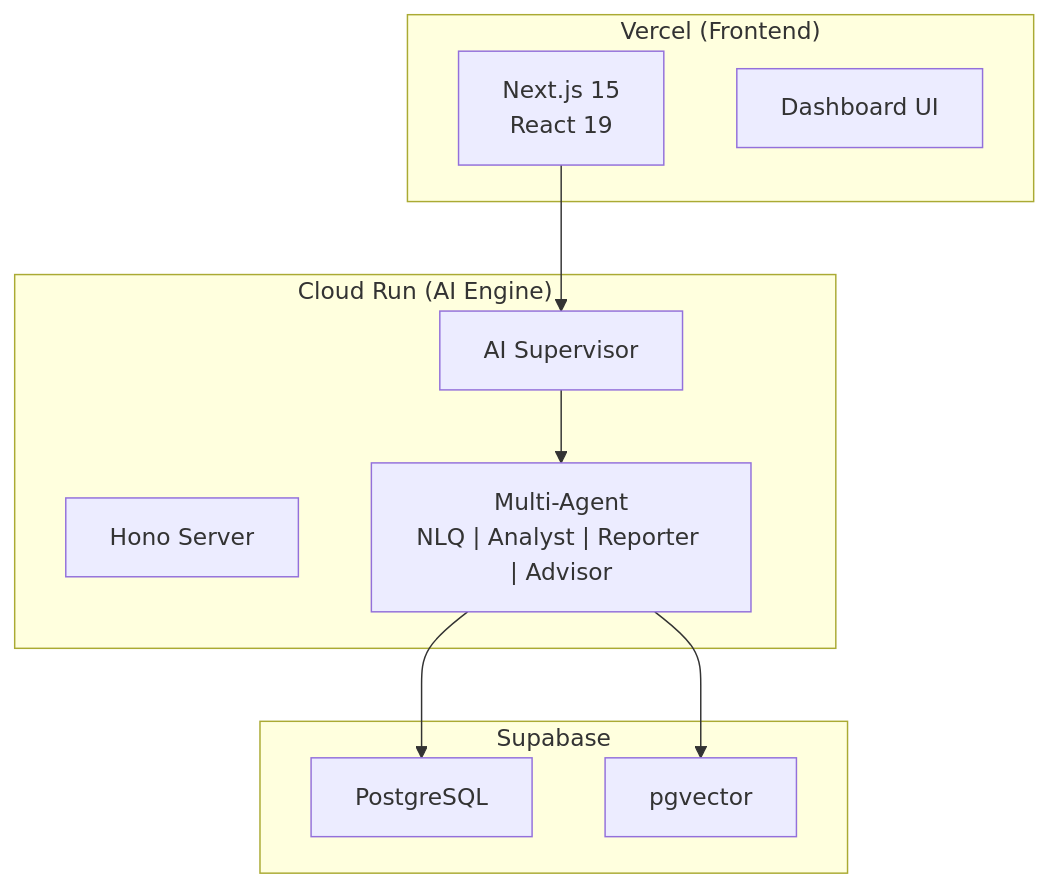
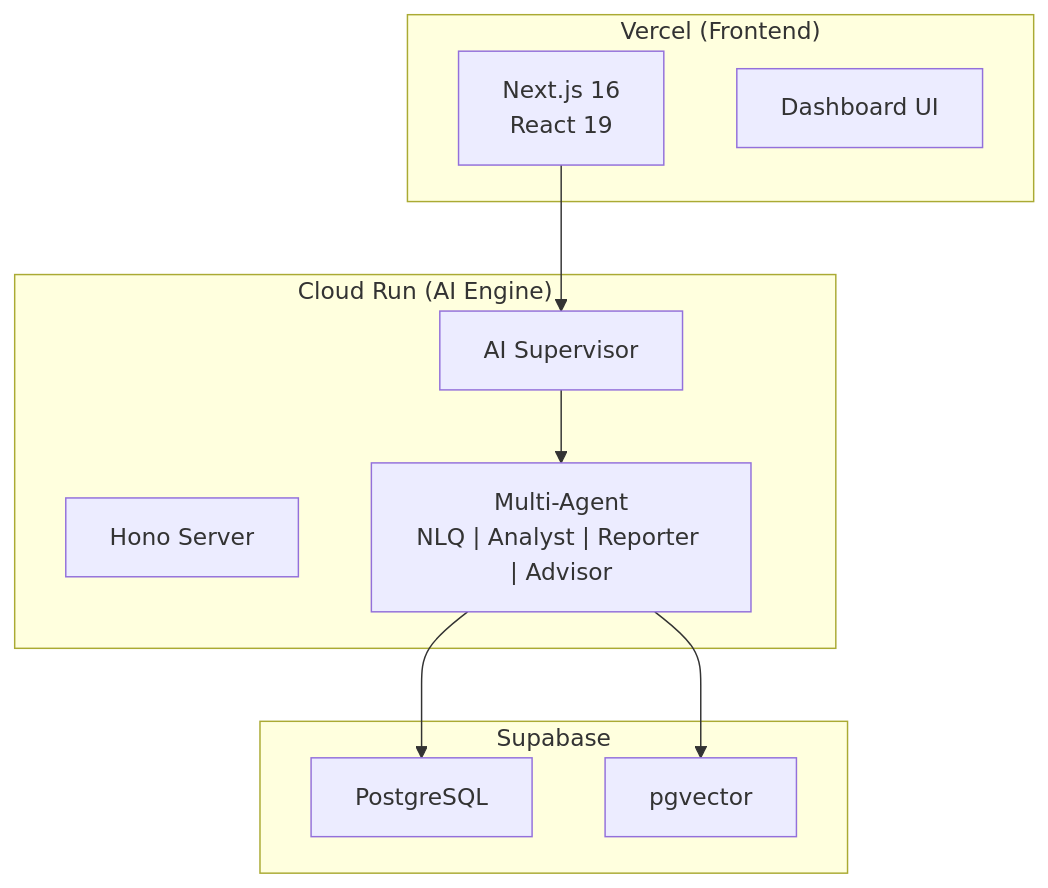
One commit to skyasu2/openmanager-vibe-v5 changed the diagram in docs/reference/README.md. Above: the diagram before and after it, drawn with Mermaid. The commit also changed other lines of this file and 16 other files, not shown here.

First line of the commit message:
refactor(docs): consolidate AI architecture and remove legacy references

````diff
--- a/docs/reference/README.md
+++ b/docs/reference/README.md
@@ -10,23 +10,23 @@
 ```mermaid
 flowchart TB
     subgraph Frontend["Vercel (Frontend)"]
-        Next["Next.js 15<br/>React 19"]
+        Next["Next.js 16<br/>React 19"]
         UI["Dashboard UI"]
     end
 
     subgraph Backend["Cloud Run (AI Engine)"]
         Hono["Hono Server"]
         Supervisor["AI Supervisor"]
         Agents["Multi-Agent<br/>NLQ | Analyst | Reporter | Advisor"]
     end
 
     subgraph Data["Supabase"]
         PG["PostgreSQL"]
         Vector["pgvector"]
     end
 
     Next --> Supervisor
     Supervisor --> Agents
     Agents --> PG
     Agents --> Vector
 ```
````
